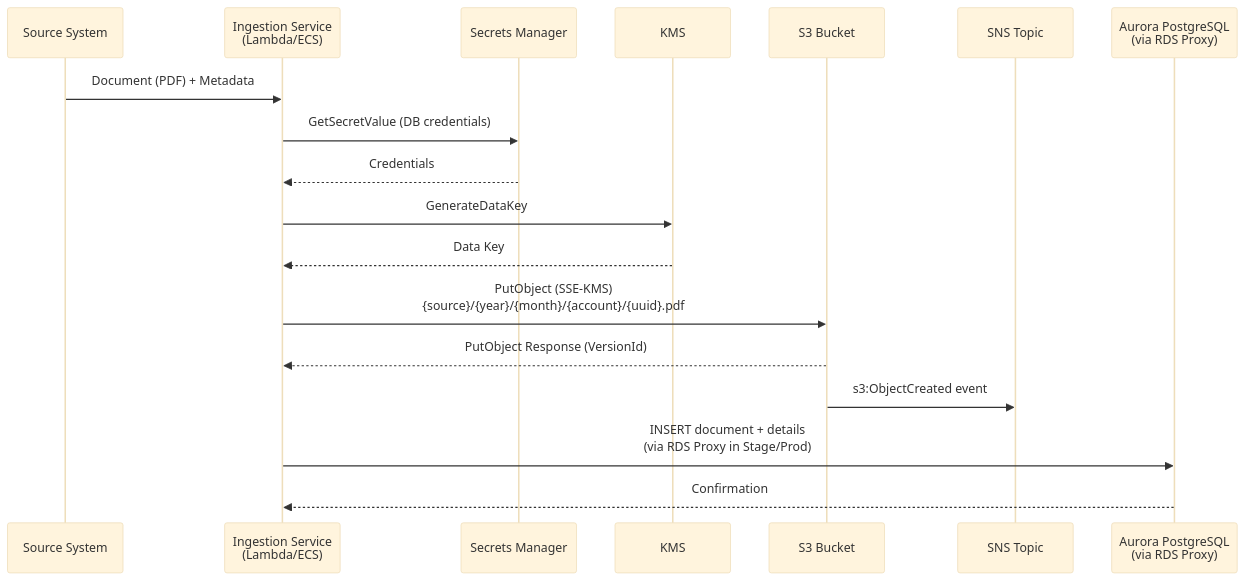
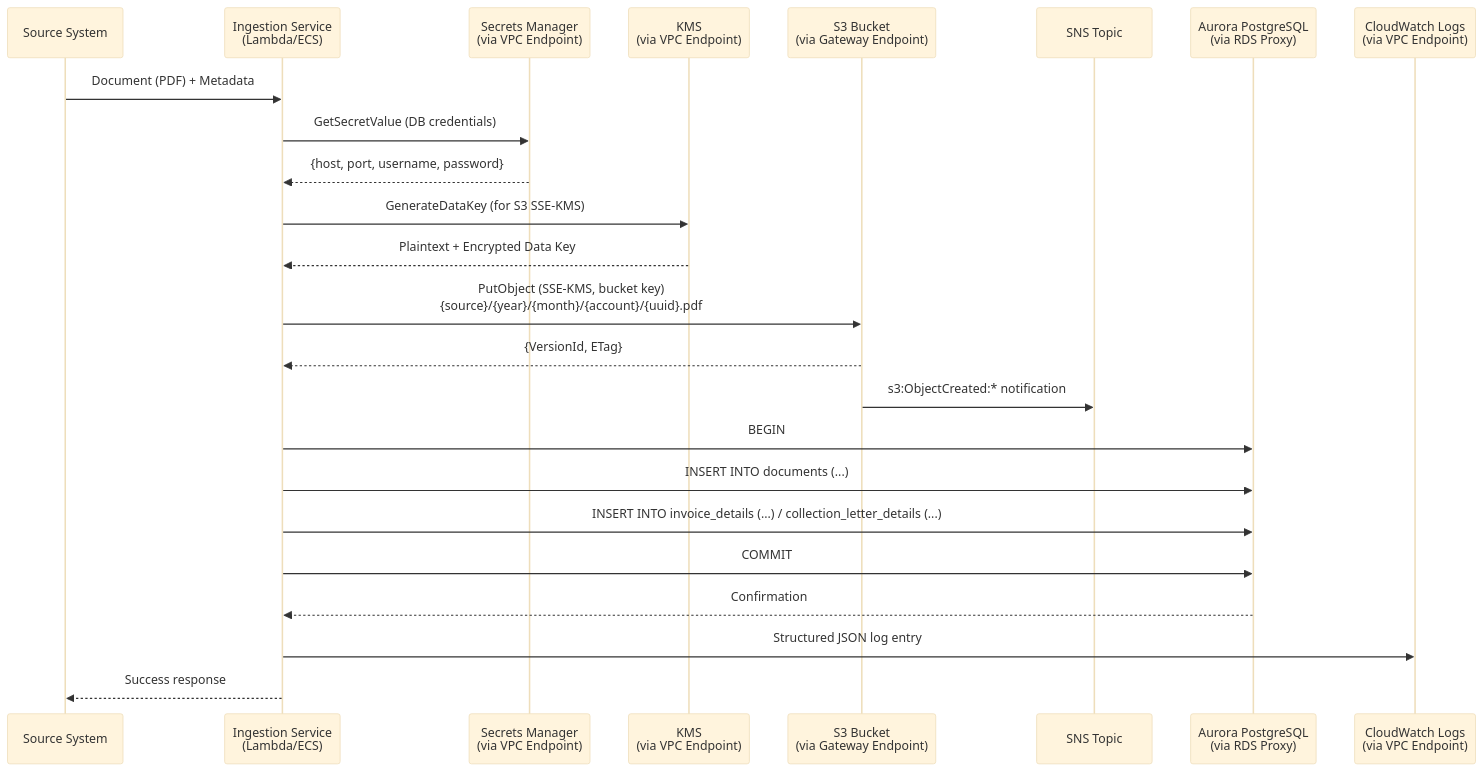
One commit to kumarmedasani/invoice-document-storage changed the third of 10 diagrams in docs/ARCHITECTURE.md. Above: the diagram before and after it, drawn with Mermaid (base theme). The commit also changed other lines of this file and 8 other files, not shown here.

````diff
--- a/docs/ARCHITECTURE.md
+++ b/docs/ARCHITECTURE.md
@@ -63,21 +128,27 @@
 ```mermaid
 sequenceDiagram
     participant Src as Source System
     participant Svc as Ingestion Service<br/>(Lambda/ECS)
-    participant SM as Secrets Manager
-    participant KMS as KMS
-    participant S3 as S3 Bucket
+    participant SM as Secrets Manager<br/>(via VPC Endpoint)
+    participant KMS as KMS<br/>(via VPC Endpoint)
+    participant S3 as S3 Bucket<br/>(via Gateway Endpoint)
     participant SNS as SNS Topic
     participant DB as Aurora PostgreSQL<br/>(via RDS Proxy)
+    participant CW as CloudWatch Logs<br/>(via VPC Endpoint)
 
     Src->>Svc: Document (PDF) + Metadata
     Svc->>SM: GetSecretValue (DB credentials)
-    SM-->>Svc: Credentials
-    Svc->>KMS: GenerateDataKey
-    KMS-->>Svc: Data Key
-    Svc->>S3: PutObject (SSE-KMS)<br/>{source}/{year}/{month}/{account}/{uuid}.pdf
-    S3-->>Svc: PutObject Response (VersionId)
-    S3->>SNS: s3:ObjectCreated event
-    Svc->>DB: INSERT document + details<br/>(via RDS Proxy in Stage/Prod)
+    SM-->>Svc: {host, port, username, password}
+    Svc->>KMS: GenerateDataKey (for S3 SSE-KMS)
+    KMS-->>Svc: Plaintext + Encrypted Data Key
+    Svc->>S3: PutObject (SSE-KMS, bucket key)<br/>{source}/{year}/{month}/{account}/{uuid}.pdf
+    S3-->>Svc: {VersionId, ETag}
+    S3->>SNS: s3:ObjectCreated:* notification
+    Svc->>DB: BEGIN
+    Svc->>DB: INSERT INTO documents (...)
+    Svc->>DB: INSERT INTO invoice_details (...) / collection_letter_details (...)
+    Svc->>DB: COMMIT
     DB-->>Svc: Confirmation
+    Svc->>CW: Structured JSON log entry
+    Svc-->>Src: Success response
 ```
````
